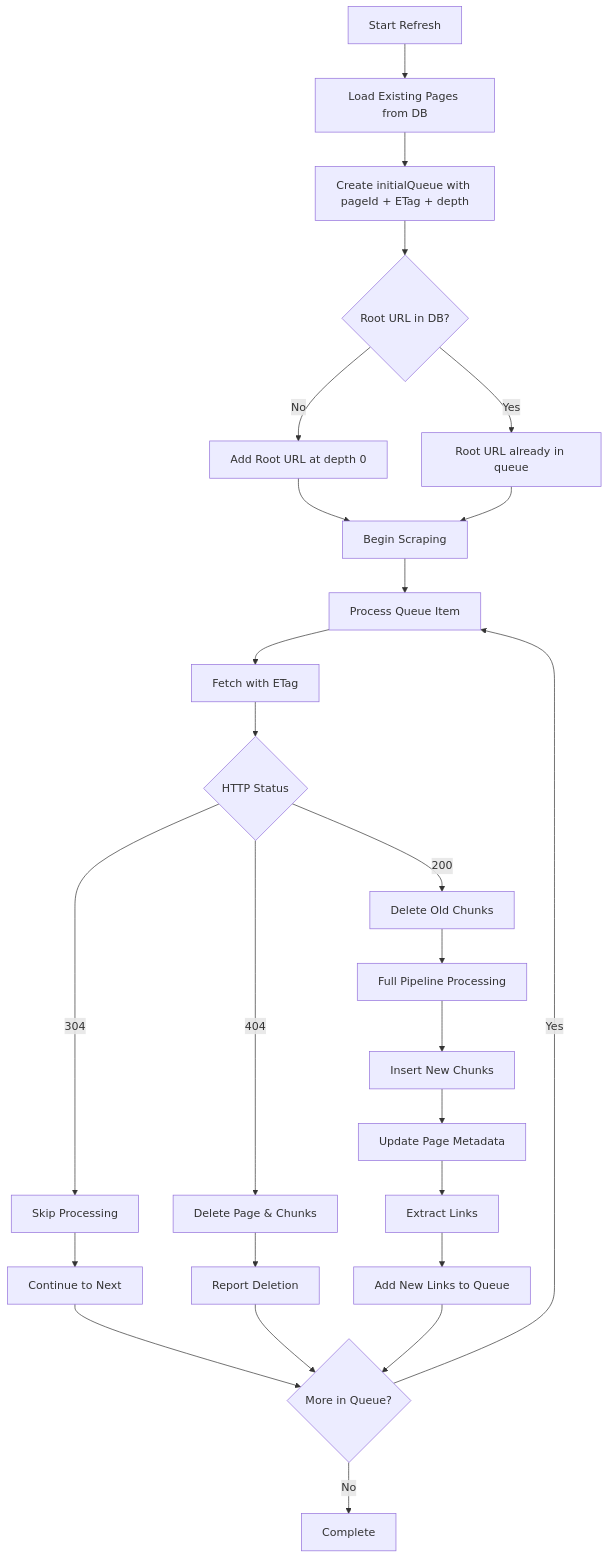
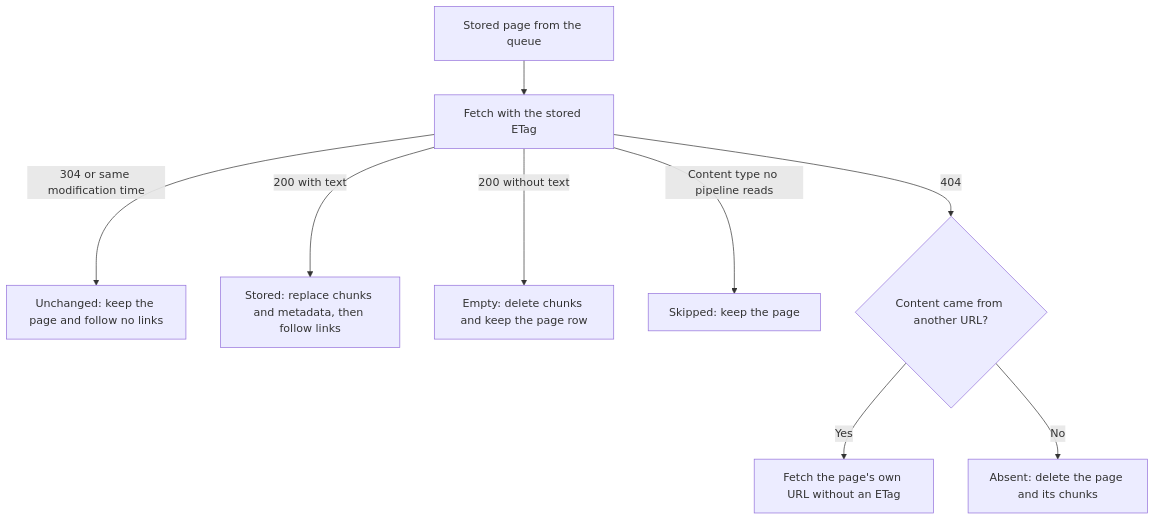
One commit to arabold/docs-mcp-server changed the diagram in docs/concepts/refresh-architecture.md. Above: the diagram before and after it, drawn with Mermaid. The commit also changed other lines of this file and 32 other files, not shown here.

````diff
--- a/docs/concepts/refresh-architecture.md
+++ b/docs/concepts/refresh-architecture.md
@@ -126,33 +30,11 @@
 ```mermaid
-graph TD
-    A[Start Refresh] --> B[Load Existing Pages from DB]
-    B --> C[Create initialQueue with pageId + ETag + depth]
-    C --> D{Root URL in DB?}
-    D -->|No| E[Add Root URL at depth 0]
-    D -->|Yes| F[Root URL already in queue]
-    E --> G[Begin Scraping]
-    F --> G
-
-    G --> H[Process Queue Item]
-    H --> I[Fetch with ETag]
-
-    I --> J{HTTP Status}
-    J -->|304| K[Skip Processing]
-    J -->|200| L[Delete Old Chunks]
-    J -->|404| M[Delete Page & Chunks]
-
-    K --> N[Continue to Next]
-    L --> O[Full Pipeline Processing]
-    M --> P[Report Deletion]
-
-    O --> Q[Insert New Chunks]
-    Q --> R[Update Page Metadata]
-    R --> S[Extract Links]
-
-    N --> T{More in Queue?}
-    P --> T
-    S --> U[Add New Links to Queue]
-    U --> T
-    T -->|Yes| H
-    T -->|No| V[Complete]
+flowchart TD
+    Q[Stored page from the queue] --> F[Fetch with the stored ETag]
+    F -->|304 or same modification time| U[Unchanged: keep the page and follow no links]
+    F -->|200 with text| S[Stored: replace chunks and metadata, then follow links]
+    F -->|200 without text| E[Empty: delete chunks and keep the page row]
+    F -->|Content type no pipeline reads| K[Skipped: keep the page]
+    F -->|404| R{Content came from another URL?}
+    R -->|Yes| I[Fetch the page's own URL without an ETag]
+    R -->|No| D[Absent: delete the page and its chunks]
 ```
````
